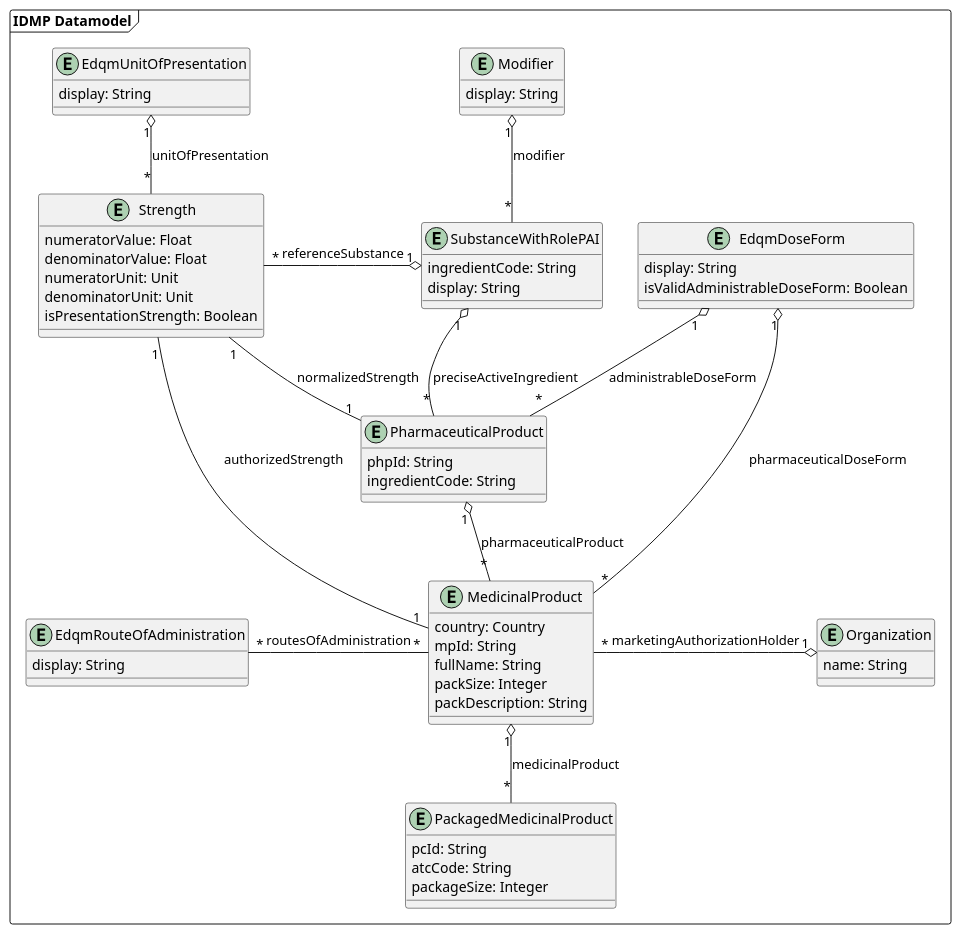
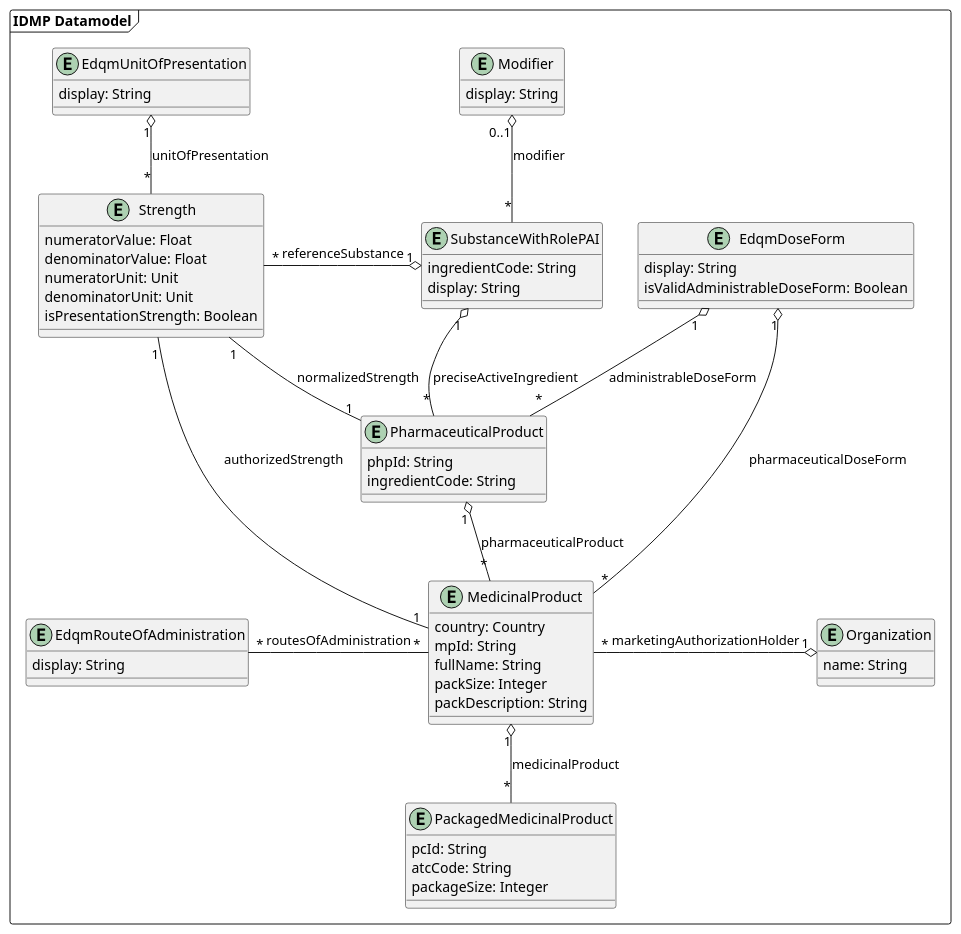
Before and after one commit to unicom-project-eu/wp6-db-api: the diagram in uml/class/datamodel.puml, drawn with PlantUML.

Commit message:
Made modifier optional

```diff
--- a/uml/class/datamodel.puml
+++ b/uml/class/datamodel.puml
@@ -1,78 +1,78 @@
 @startuml
 'https://plantuml.com/class-diagram
 
 package "IDMP Datamodel" as idmpDatamodel <<frame>> {
     entity EdqmRouteOfAdministration {
         display: String
     }
 
     entity EdqmUnitOfPresentation {
         display: String
     }
 
     entity Modifier {
         display: String
     }
 
     together {
         entity EdqmDoseForm {
             display: String
             isValidAdministrableDoseForm: Boolean
         }
 
         entity Strength {
             numeratorValue: Float
             denominatorValue: Float
             numeratorUnit: Unit
             denominatorUnit: Unit
             isPresentationStrength: Boolean
         }
 
         entity SubstanceWithRolePAI {
             ingredientCode: String
             display: String
         }
     }
 
     entity PharmaceuticalProduct {
         phpId: String
         ingredientCode: String
     }
 
     entity MedicinalProduct {
         country: Country
         mpId: String
         fullName: String
         packSize: Integer
         packDescription: String
     }
 
     entity PackagedMedicinalProduct {
         pcId: String
         atcCode: String
         packageSize: Integer
     }
 
     entity Organization {
         name: String
     }
 
-    Modifier "1" o-- "*" SubstanceWithRolePAI : modifier
+    Modifier "0..1" o-- "*" SubstanceWithRolePAI : modifier
 
     SubstanceWithRolePAI "1" o------ "*" PharmaceuticalProduct : preciseActiveIngredient
     EdqmDoseForm "1" o-- "*" PharmaceuticalProduct : administrableDoseForm
     Strength "1" -- "1" PharmaceuticalProduct : normalizedStrength
 
     PharmaceuticalProduct "1" o-- "*" MedicinalProduct : pharmaceuticalProduct
 
     MedicinalProduct "1" o-- "*" PackagedMedicinalProduct : medicinalProduct
     MedicinalProduct "*" --o "1" EdqmDoseForm : pharmaceuticalDoseForm
     MedicinalProduct "1" -- "1" Strength : authorizedStrength
     EdqmRouteOfAdministration "*" - "*" MedicinalProduct : routesOfAdministration
     EdqmUnitOfPresentation "1" o-- "*" Strength: unitOfPresentation
 
     MedicinalProduct "*" -o "1" Organization : marketingAuthorizationHolder
 
     Strength "*" -o "1" SubstanceWithRolePAI : referenceSubstance
 }
 @enduml
```
